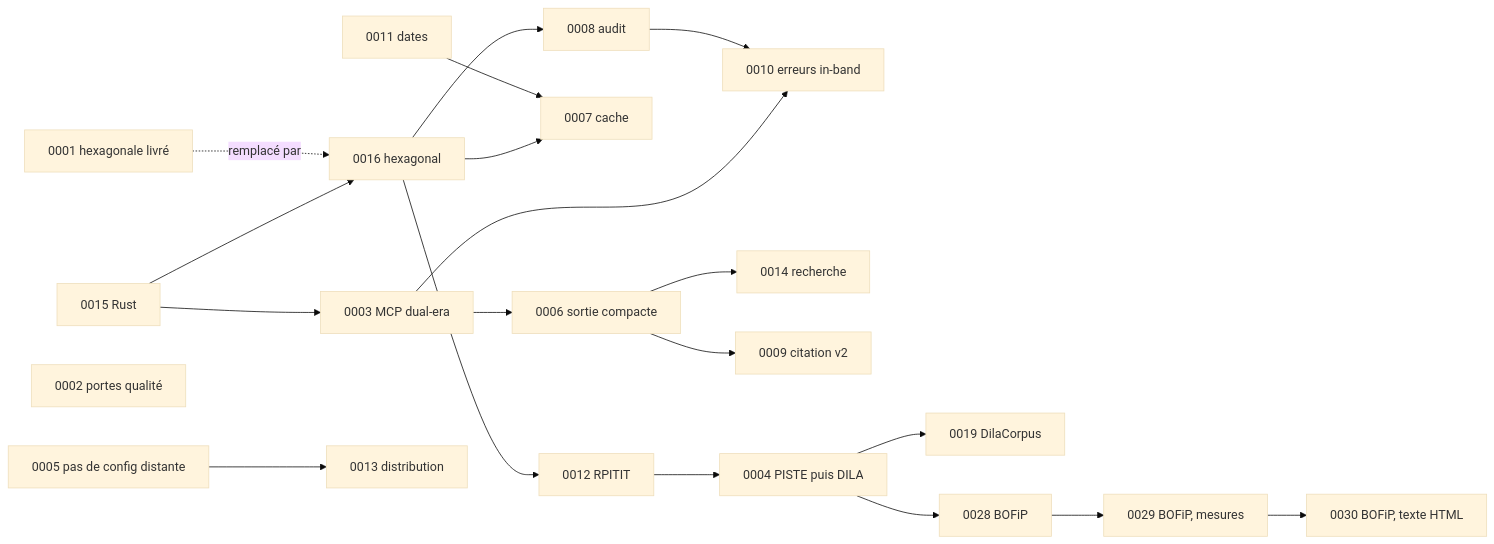
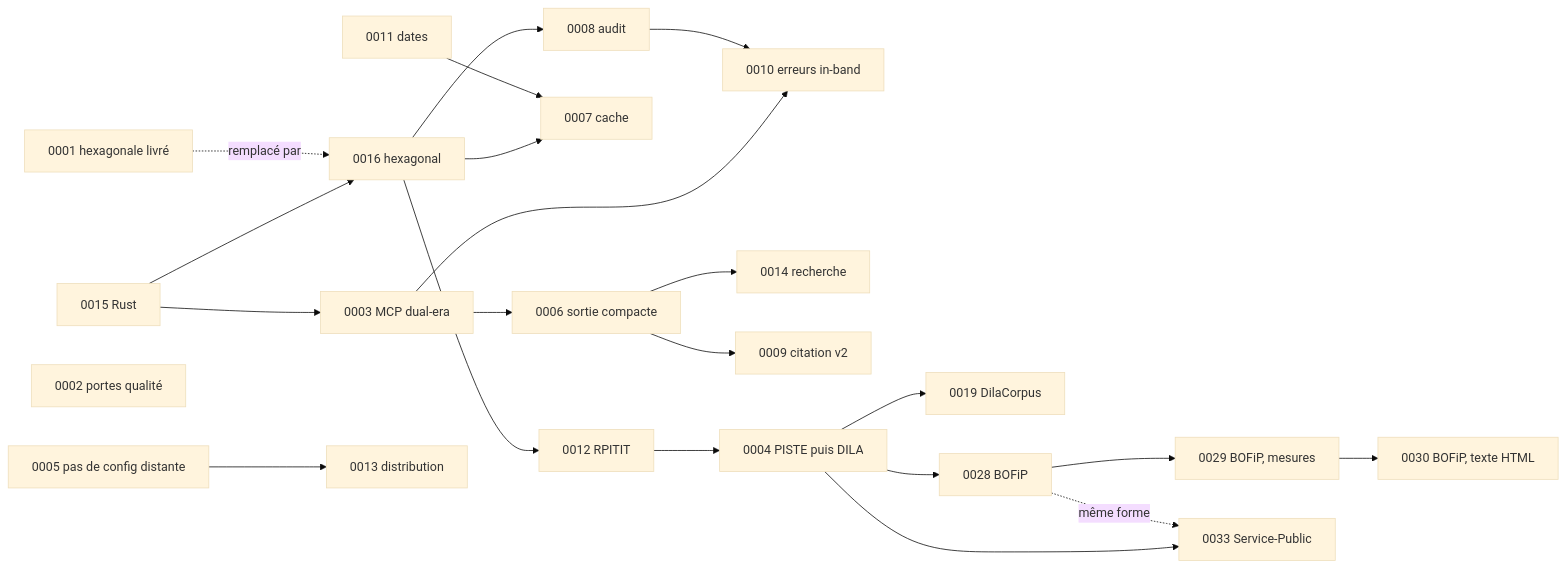
The second of 2 diagrams in docs/adr/README.md (muchiny/mcp-legifrance), drawn with Mermaid (base theme) before and after one commit. The commit also changed other lines of this file and 5 other files, not shown here.

First line of the commit message:
docs(plan): ADR-0033 Service-Public, fiches pratiques, et jalon MS

````diff
--- a/docs/adr/README.md
+++ b/docs/adr/README.md
@@ -156,22 +158,24 @@
 ```mermaid
 graph LR
     A15[0015 Rust] --> A16[0016 hexagonal]
     A01[0001 hexagonale livré] -. remplacé par .-> A16
     A02[0002 portes qualité]
     A16 --> A12[0012 RPITIT]
     A16 --> A7[0007 cache]
     A16 --> A8[0008 audit]
     A15 --> A3[0003 MCP dual-era]
     A3 --> A6[0006 sortie compacte]
     A3 --> A10[0010 erreurs in-band]
     A6 --> A14[0014 recherche]
     A6 --> A9[0009 citation v2]
     A12 --> A4[0004 PISTE puis DILA]
     A4 --> A19[0019 DilaCorpus]
     A4 --> A28[0028 BOFiP]
     A28 --> A29[0029 BOFiP, mesures]
     A29 --> A30[0030 BOFiP, texte HTML]
+    A4 --> A33[0033 Service-Public]
+    A28 -. même forme .-> A33
     A11[0011 dates] --> A7
     A5[0005 pas de config distante] --> A13[0013 distribution]
     A8 --> A10
 ```
````
